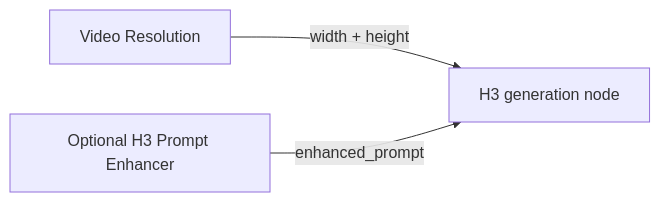
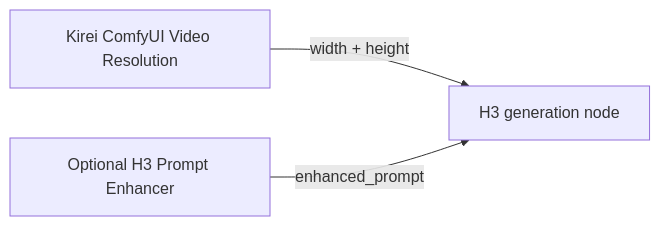
One commit to hyukudan/comfyui-video-resolution changed the diagram in README.md. Above: the diagram before and after it, drawn with Mermaid. The commit also changed other lines of this file and 2 other files, not shown here.

Commit message:
Rename display branding to Kirei ComfyUI Video Resolution

````diff
--- a/README.md
+++ b/README.md
@@ -40,5 +43,5 @@
 ```mermaid
 flowchart LR
-    R[Video Resolution] -->|width + height| H[H3 generation node]
+    R[Kirei ComfyUI Video Resolution] -->|width + height| H[H3 generation node]
     E[Optional H3 Prompt Enhancer] -->|enhanced_prompt| H
 ```
````
